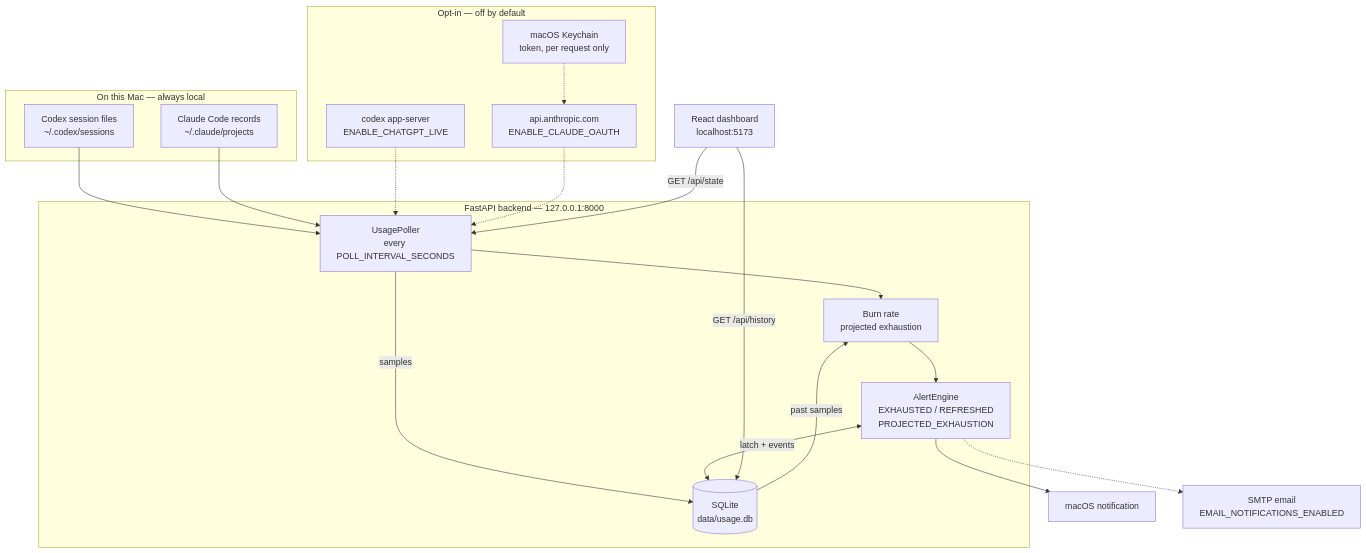
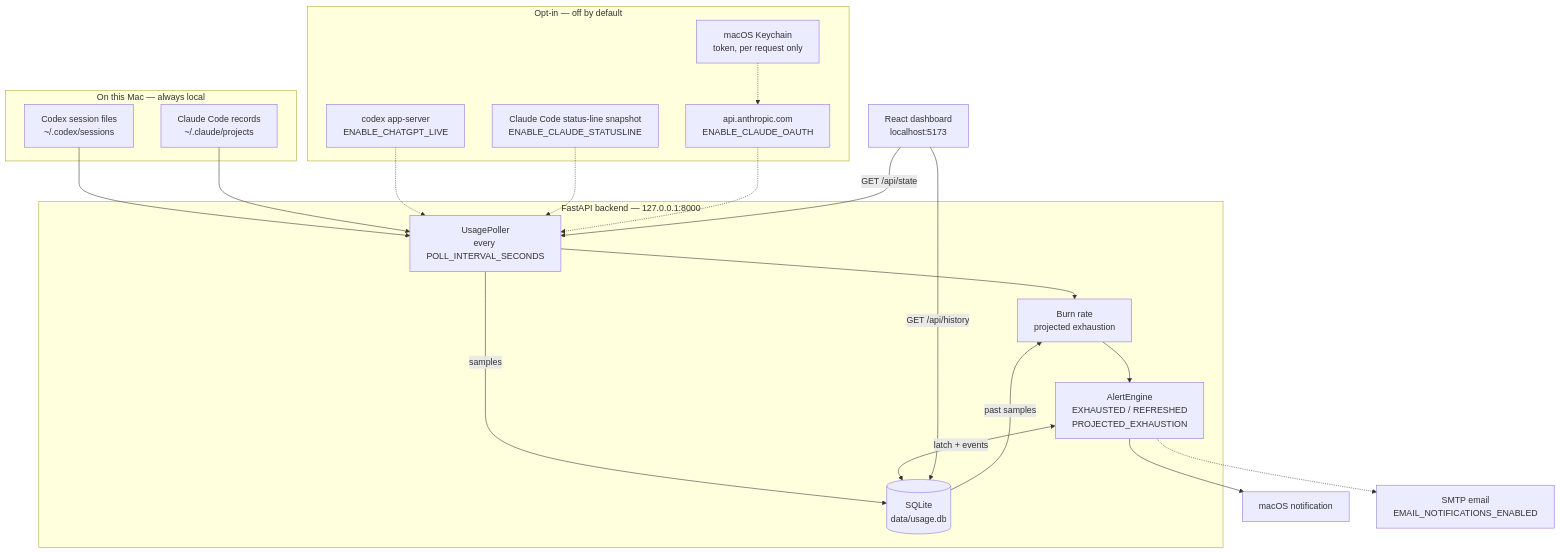
One commit to larryaus/Quota-Glass changed the diagram in README.md. Above: the diagram before and after it, drawn with Mermaid. The commit also changed other lines of this file and 9 other files, not shown here.

Commit message:
Add Claude status-line quota bridge

````diff
--- a/README.md
+++ b/README.md
@@ -37,40 +38,42 @@
 ```mermaid
 flowchart TB
     subgraph onmac["On this Mac — always local"]
         codexFiles["Codex session files<br/>~/.codex/sessions"]
         claudeFiles["Claude Code records<br/>~/.claude/projects"]
     end
 
     subgraph optin["Opt-in — off by default"]
         codexCli["codex app-server<br/>ENABLE_CHATGPT_LIVE"]
+        claudeStatus["Claude Code status-line snapshot<br/>ENABLE_CLAUDE_STATUSLINE"]
         anthropic["api.anthropic.com<br/>ENABLE_CLAUDE_OAUTH"]
         keychain["macOS Keychain<br/>token, per request only"]
     end
 
     subgraph backend["FastAPI backend — 127.0.0.1:8000"]
         poller["UsagePoller<br/>every POLL_INTERVAL_SECONDS"]
         burn["Burn rate<br/>projected exhaustion"]
         alerts["AlertEngine<br/>EXHAUSTED / REFRESHED<br/>PROJECTED_EXHAUSTION"]
         db[("SQLite<br/>data/usage.db")]
     end
 
     ui["React dashboard<br/>localhost:5173"]
     macos["macOS notification"]
     email["SMTP email<br/>EMAIL_NOTIFICATIONS_ENABLED"]
 
     codexFiles --> poller
     claudeFiles --> poller
     codexCli -.-> poller
+    claudeStatus -.-> poller
     keychain -.-> anthropic
     anthropic -.-> poller
 
     poller --> burn
     db -->|past samples| burn
     burn --> alerts
     poller -->|samples| db
     alerts <-->|latch + events| db
     alerts --> macos
     alerts -.-> email
     ui -->|"GET /api/state"| poller
     ui -->|"GET /api/history"| db
 ```
````
